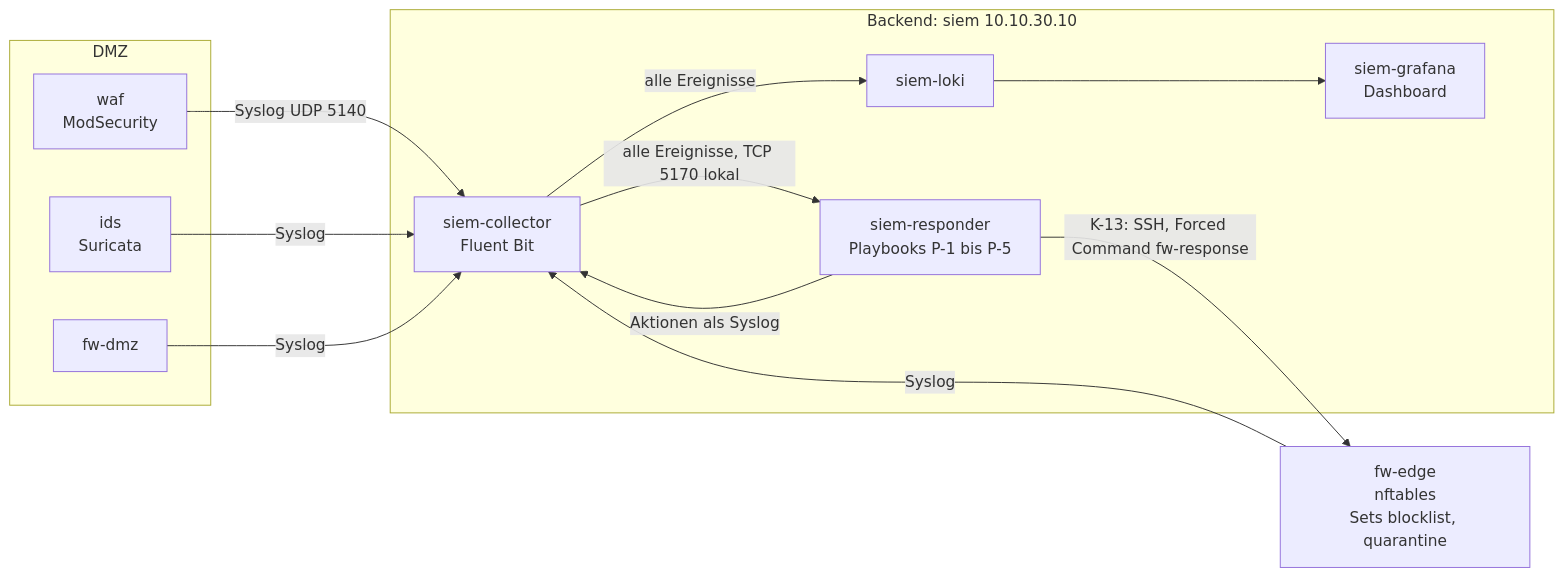
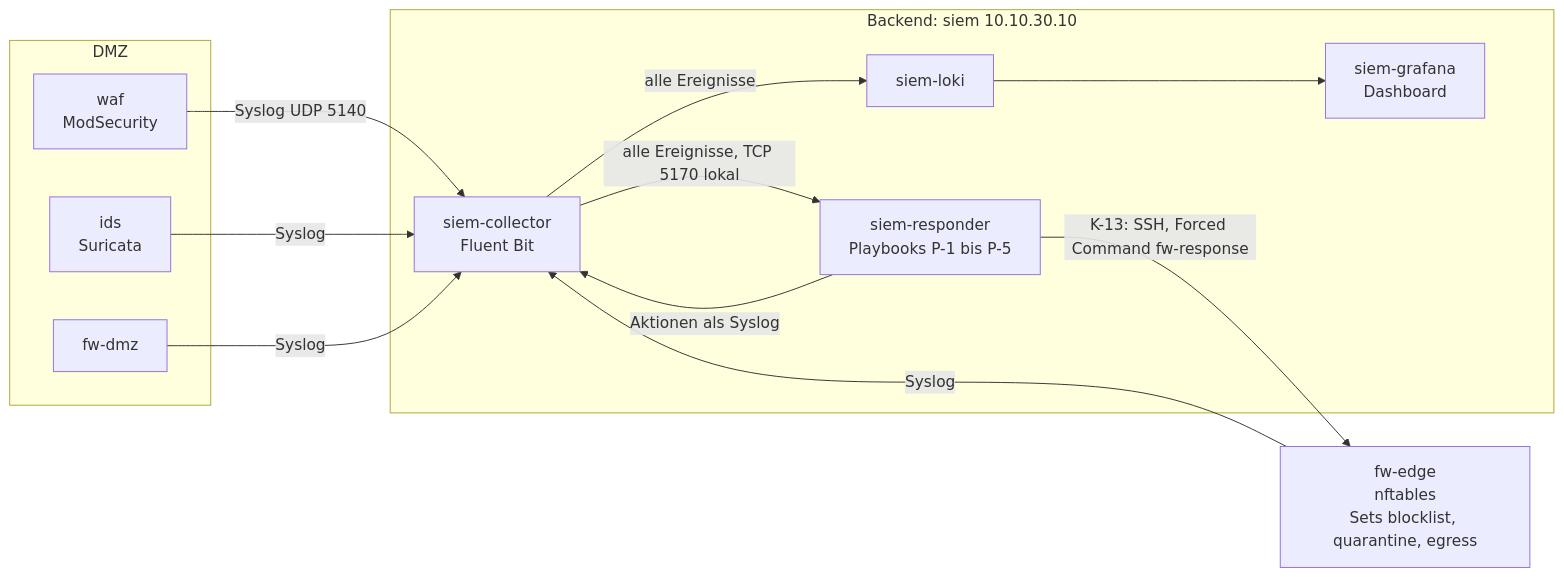
One commit to OkeemoG/DMZ changed the diagram in docs/reaktion.md. Above: the diagram before and after it, drawn with Mermaid. The commit also changed other lines of this file and 35 other files, not shown here.

````diff
--- a/docs/reaktion.md
+++ b/docs/reaktion.md
@@ -22,24 +22,24 @@
 ```mermaid
 flowchart LR
     subgraph DMZ
         WAF[waf<br/>ModSecurity]
         IDS[ids<br/>Suricata]
         FWD[fw-dmz]
     end
-    FWE[fw-edge<br/>nftables<br/>Sets blocklist, quarantine]
+    FWE[fw-edge<br/>nftables<br/>Sets blocklist, quarantine, egress]
     subgraph Backend["Backend: siem 10.10.30.10"]
         FB[siem-collector<br/>Fluent Bit]
         LOKI[siem-loki]
         GRAF[siem-grafana<br/>Dashboard]
         RESP[siem-responder<br/>Playbooks P-1 bis P-5]
     end
     WAF -- Syslog UDP 5140 --> FB
     IDS -- Syslog --> FB
     FWD -- Syslog --> FB
     FWE -- Syslog --> FB
     FB -- alle Ereignisse --> LOKI
     FB -- "alle Ereignisse, TCP 5170 lokal" --> RESP
     RESP -- "K-13: SSH, Forced Command fw-response" --> FWE
     RESP -- "Aktionen als Syslog" --> FB
     LOKI --> GRAF
 ```
````
